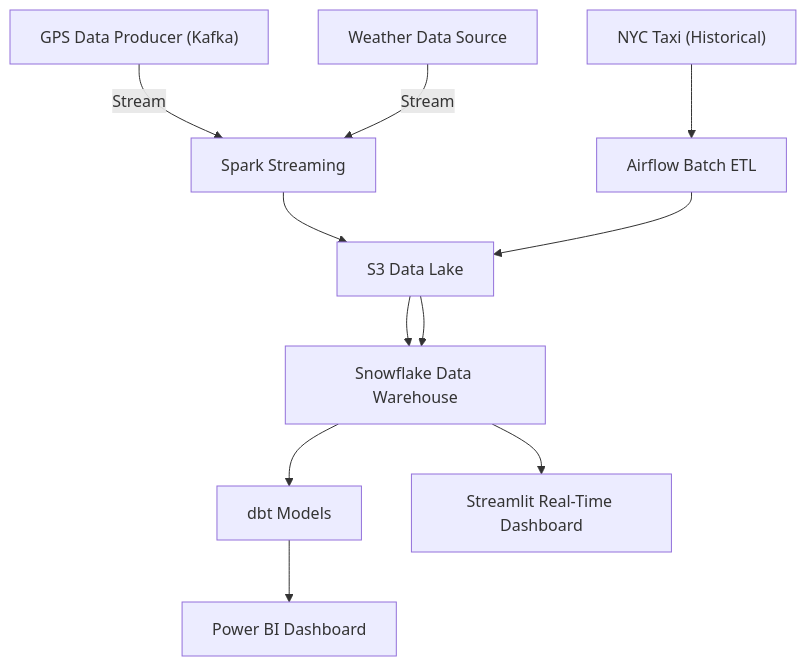
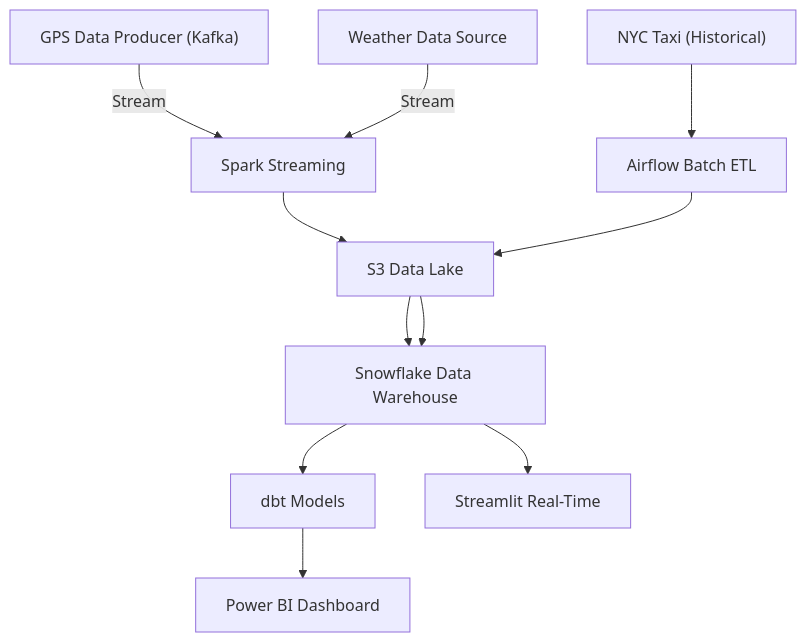
One commit to Anwaribra/RideTrack changed the diagram in README.md. Above: the diagram before and after it, drawn with Mermaid.

````diff
--- a/README.md
+++ b/README.md
@@ -10,34 +10,34 @@
 ```mermaid
 flowchart TD
     %% Sources
     GPS["GPS Data Producer (Kafka)"]
     Weather["Weather Data Source"]
     Taxi["NYC Taxi (Historical)"]
 
     %% Processing
     SparkStream["Spark Streaming"]
     Airflow["Airflow Batch ETL"]
     dbt["dbt Models"]
 
     %% Shared Storage
     S3["S3 Data Lake"]
     Snowflake["Snowflake Data Warehouse"]
 
     %% Dashboards
-    Streamlit["Streamlit Real-Time Dashboard"]
+    Streamlit["Streamlit Real-Time "]
     PowerBI["Power BI Dashboard"]
 
     %% Streaming Path
     GPS -->|Stream| SparkStream
     Weather -->|Stream| SparkStream
     SparkStream --> S3
     S3 --> Snowflake
     Snowflake --> Streamlit
 
     %% Batch Path
     Taxi --> Airflow
     Airflow --> S3
     S3 --> Snowflake
     Snowflake --> dbt
     dbt --> PowerBI
 ```
````
